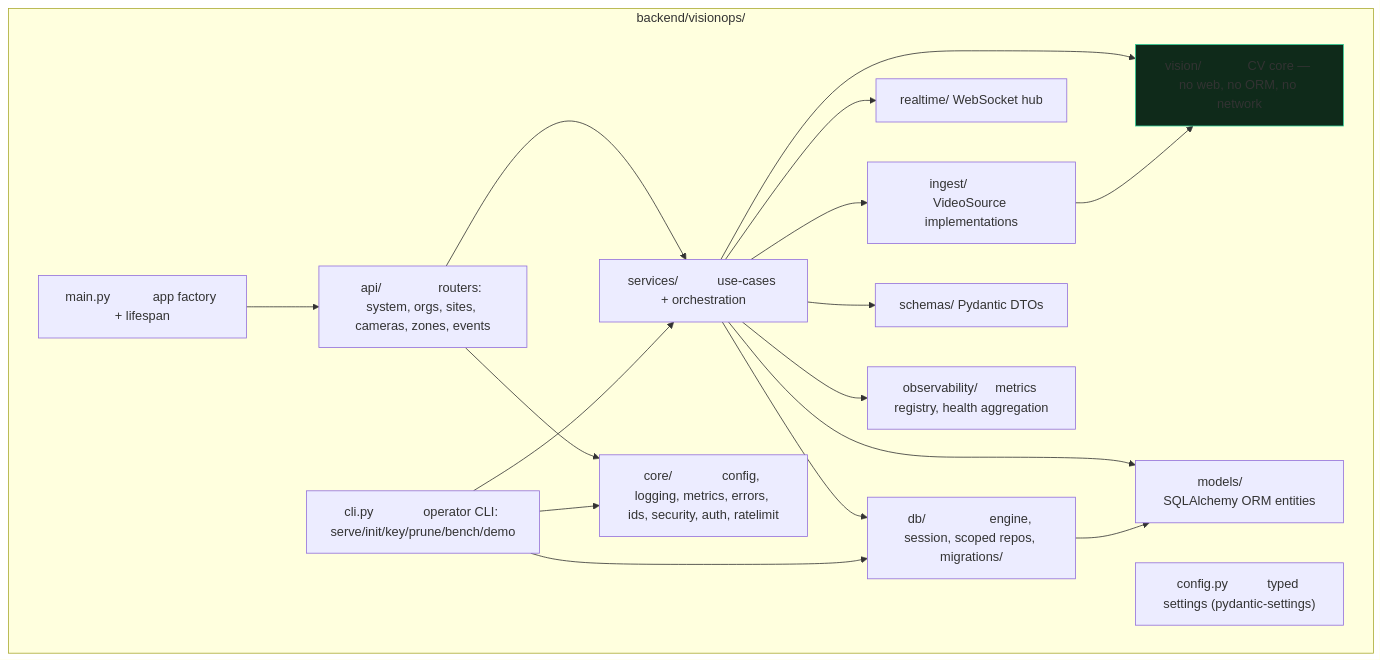
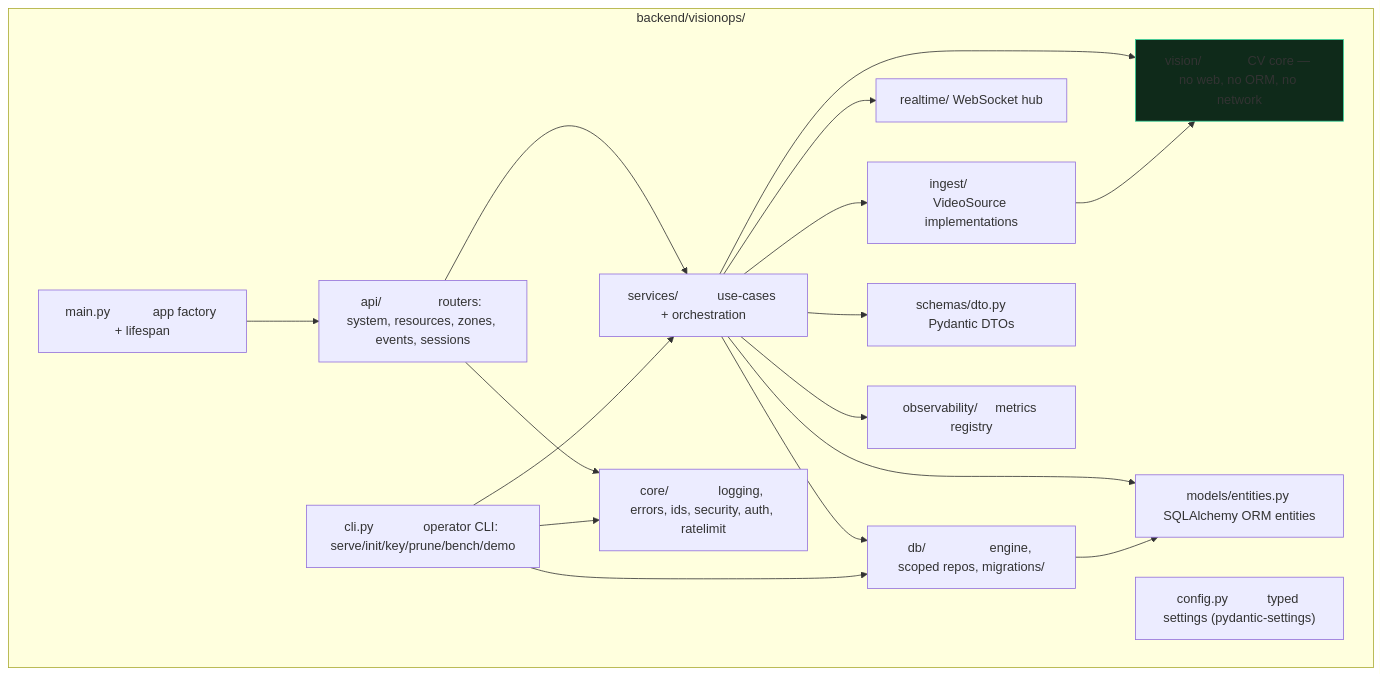
The second of 5 diagrams in docs/REPOSITORY_STRUCTURE.md (okwedavid/VisionOPs), drawn with Mermaid before and after one commit. The commit also changed other lines of this file and 4 other files, not shown here.

````diff
--- a/docs/REPOSITORY_STRUCTURE.md
+++ b/docs/REPOSITORY_STRUCTURE.md
@@ -34,27 +34,27 @@
 ```mermaid
 flowchart TB
   subgraph visionops["backend/visionops/"]
     MAIN["main.py            app factory + lifespan"]
     CLI["cli.py              operator CLI: serve/init/key/prune/bench/demo"]
     CFG["config.py           typed settings (pydantic-settings)"]
-    API["api/                routers: system, orgs, sites, cameras, zones, events"]
+    API["api/                routers: system, resources, zones, events, sessions"]
     SVC["services/           use-cases + orchestration"]
     VIS["vision/             CV core — no web, no ORM, no network"]
     ING["ingest/             VideoSource implementations"]
     RT["realtime/            WebSocket hub"]
-    DB["db/                  engine, session, scoped repos, migrations/"]
-    MODELS["models/           SQLAlchemy ORM entities"]
-    SCH["schemas/            Pydantic DTOs"]
-    CORE["core/              config, logging, metrics, errors, ids, security, auth, ratelimit"]
-    OBSV["observability/     metrics registry, health aggregation"]
+    DB["db/                  engine, scoped repos, migrations/"]
+    MODELS["models/entities.py SQLAlchemy ORM entities"]
+    SCH["schemas/dto.py      Pydantic DTOs"]
+    CORE["core/              logging, errors, ids, security, auth, ratelimit"]
+    OBSV["observability/     metrics registry"]
   end
   MAIN --> API
   API --> SVC
   API --> CORE
   SVC --> VIS & ING & RT & DB & MODELS & SCH & OBSV
   ING --> VIS
   DB --> MODELS
   CLI --> SVC & DB & CORE
 
   style VIS fill:#0f2a1a,stroke:#34d399
 ```
````
